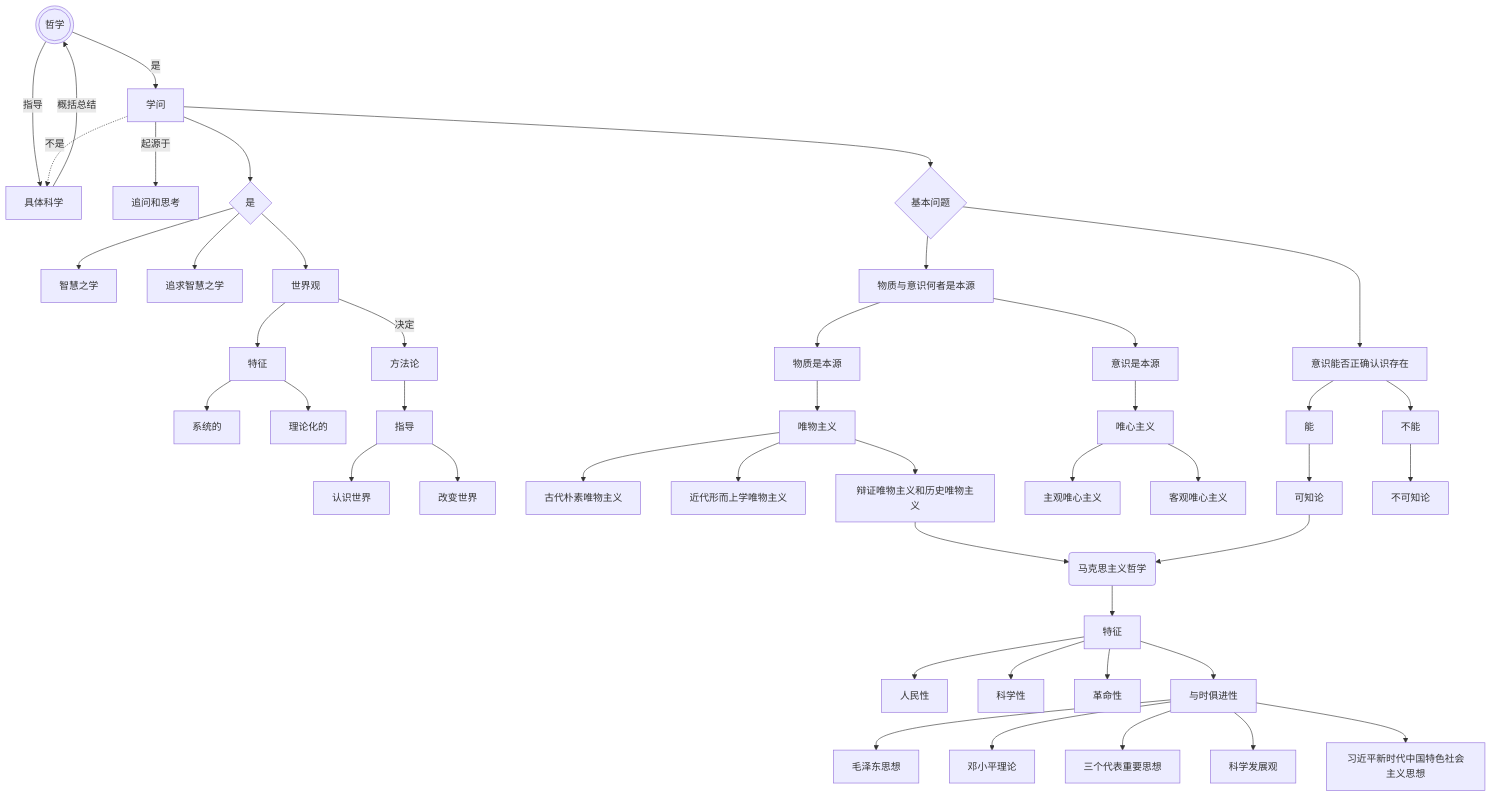
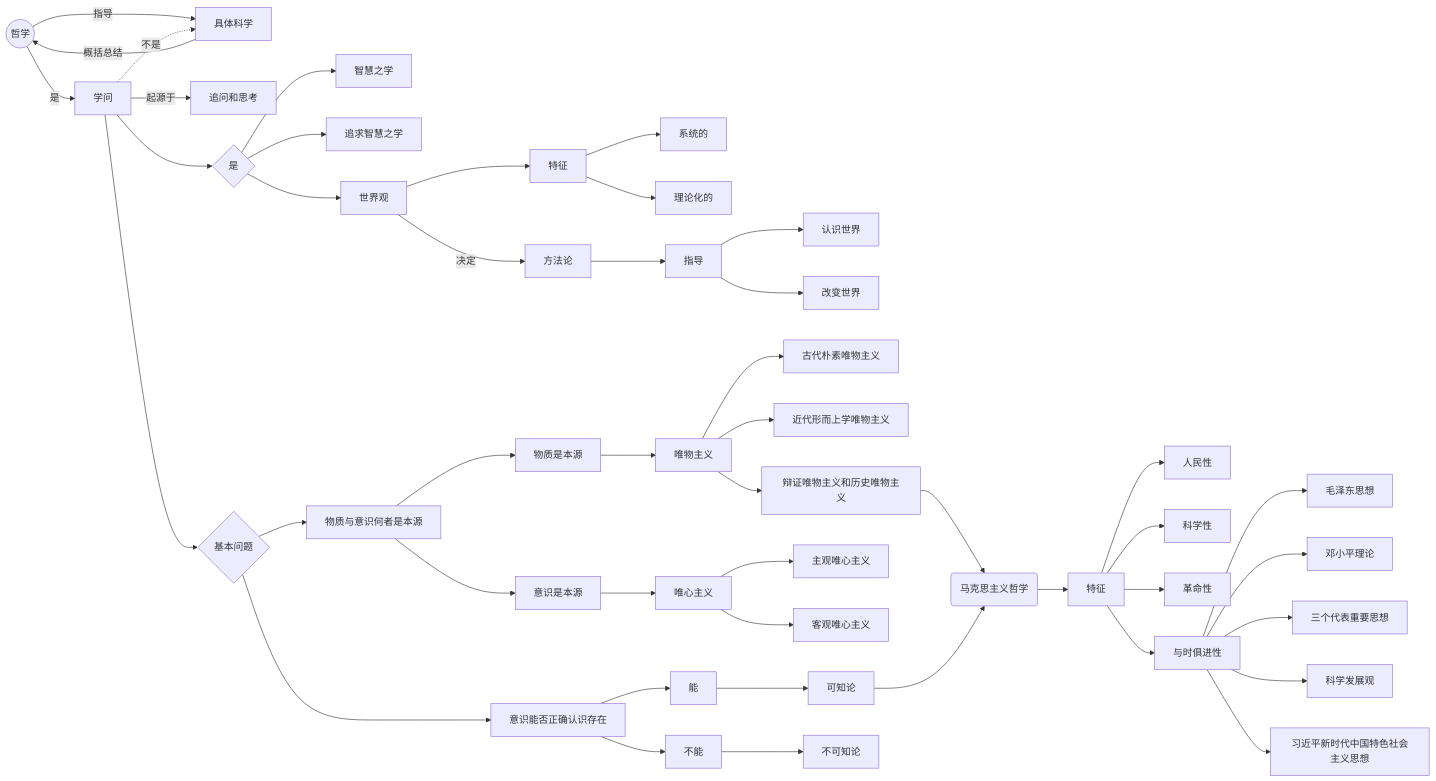
Before and after one commit to Github-DVIA/FASTlearn: the first of 2 diagrams in docs/art/pol/4.1.md, drawn with Mermaid. The commit also changed other lines of this file, not shown here.

````diff
--- a/docs/art/pol/4.1.md
+++ b/docs/art/pol/4.1.md
@@ -215,25 +215,25 @@
 ```mermaid
-flowchart TD
-pol(((哲学))) -->|是| tech[学问]
+flowchart LR
+pol((哲学)) -->|是| tech[学问]
 pol -->|指导| a
 tech -->|起源于| 追问和思考
 tech --> techis{是}
 techis --> 智慧之学 & 追求智慧之学 & worldview[世界观]
 tech -.->|不是| a[具体科学] -->|概括总结| pol
 tech --> qus{基本问题} --> source[物质与意识何者是本源] & ifknow[意识能否正确认识存在]
 worldview -->|决定| way[方法论]
 worldview --> worldt[特征] --> 系统的 & 理论化的
 way --> teach[指导] --> know[认识世界] & change[改变世界]
 source --> thing[物质是本源] & think[意识是本源]
 thing --> otg[唯物主义]
 think --> otk[唯心主义]
 otg --> otg1[古代朴素唯物主义] & otg2[近代形而上学唯物主义] & otg3[辩证唯物主义和历史唯物主义]
 otk --> 主观唯心主义 & 客观唯心主义
 otg3 --> mks(马克思主义哲学)
 ifknow --> ifknowcan[能] & ifknowcant[不能]
 ifknowcan --> ifknowcan2[可知论]
 ifknowcant --> ifknowcant2[不可知论]
 ifknowcan2 --> mks
 mks --> mkst[特征] --> people[人民性] & seci[科学性] & rev[革命性] & ftime[与时俱进性]
 ftime --> 毛泽东思想 & 邓小平理论 & 三个代表重要思想 & 科学发展观 & 习近平新时代中国特色社会主义思想
 ```
````
